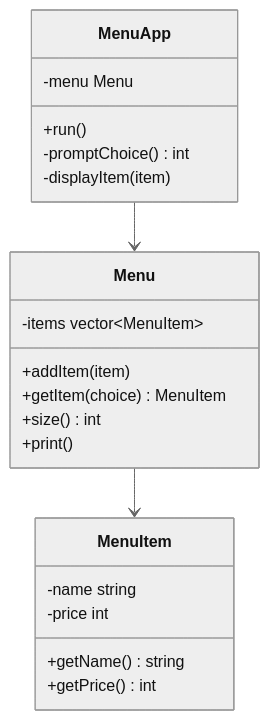
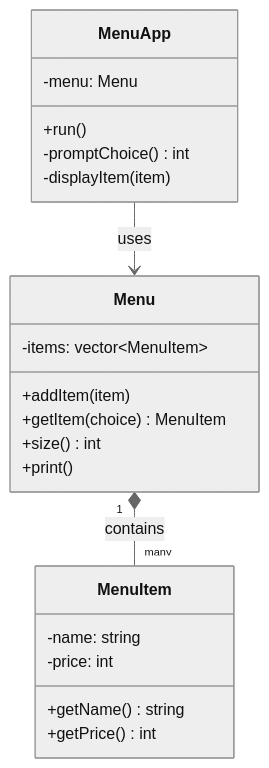
Before and after one commit to nmcuong2502/bai-tap-oop: the diagram in bai_lam (2).md, drawn with Mermaid (neutral theme).

Commit message:
Update bai_lam (2).md

````diff
--- a/bai_lam (2).md
+++ b/bai_lam (2).md
@@ -10,29 +10,27 @@
 ```mermaid
-
 classDiagram
     class MenuApp {
-        -menu Menu
+        -menu: Menu
         +run()
         -promptChoice() int
         -displayItem(item)
     }
 
     class Menu {
-        -items vector~MenuItem~
+        -items: vector~MenuItem~
         +addItem(item)
         +getItem(choice) MenuItem
         +size() int
         +print()
     }
 
     class MenuItem {
-        -name string
-        -price int
+        -name: string
+        -price: int
         +getName() string
         +getPrice() int
     }
 
-    MenuApp --> Menu
-    Menu --> MenuItem
-    
+    MenuApp --> Menu : uses
+    Menu "1" *-- "many" MenuItem : contains
 ```
````
